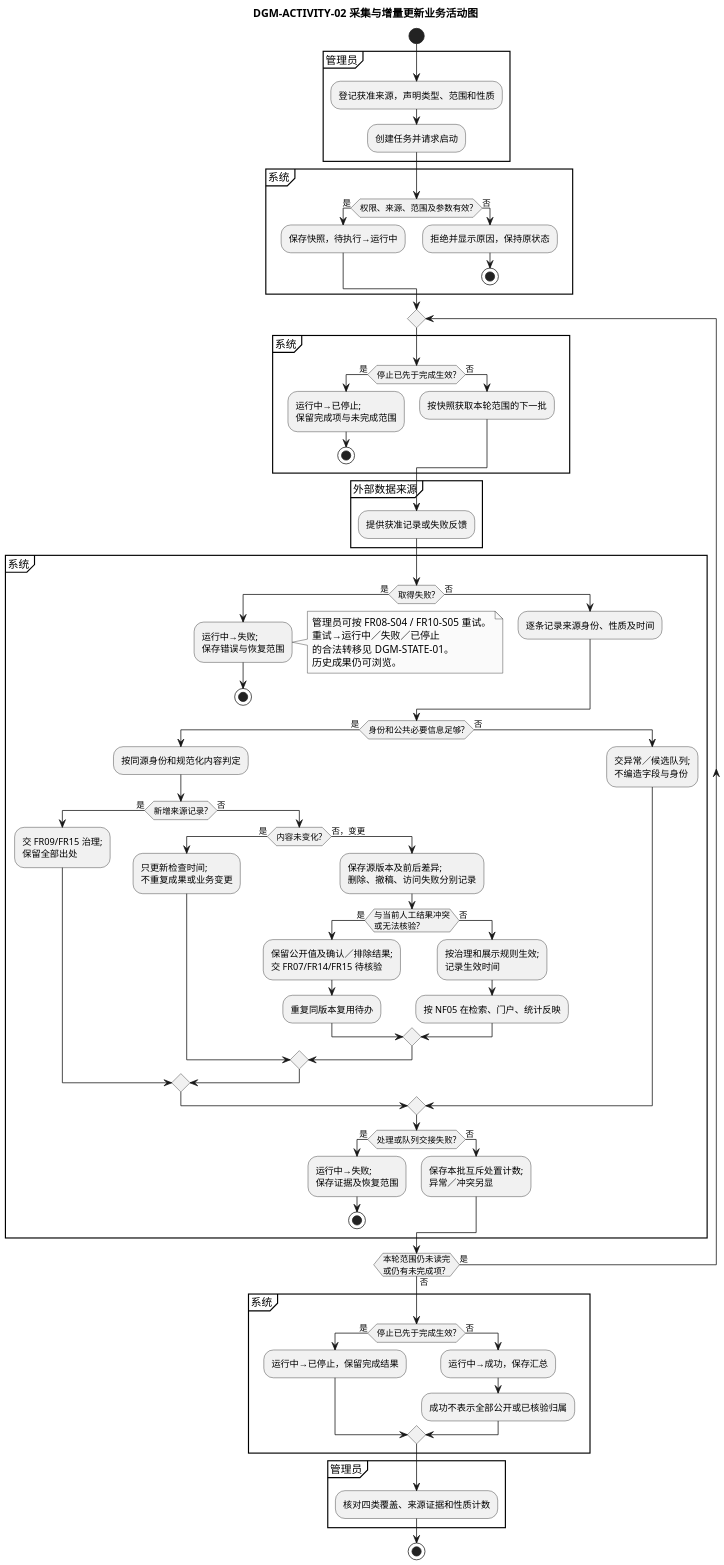
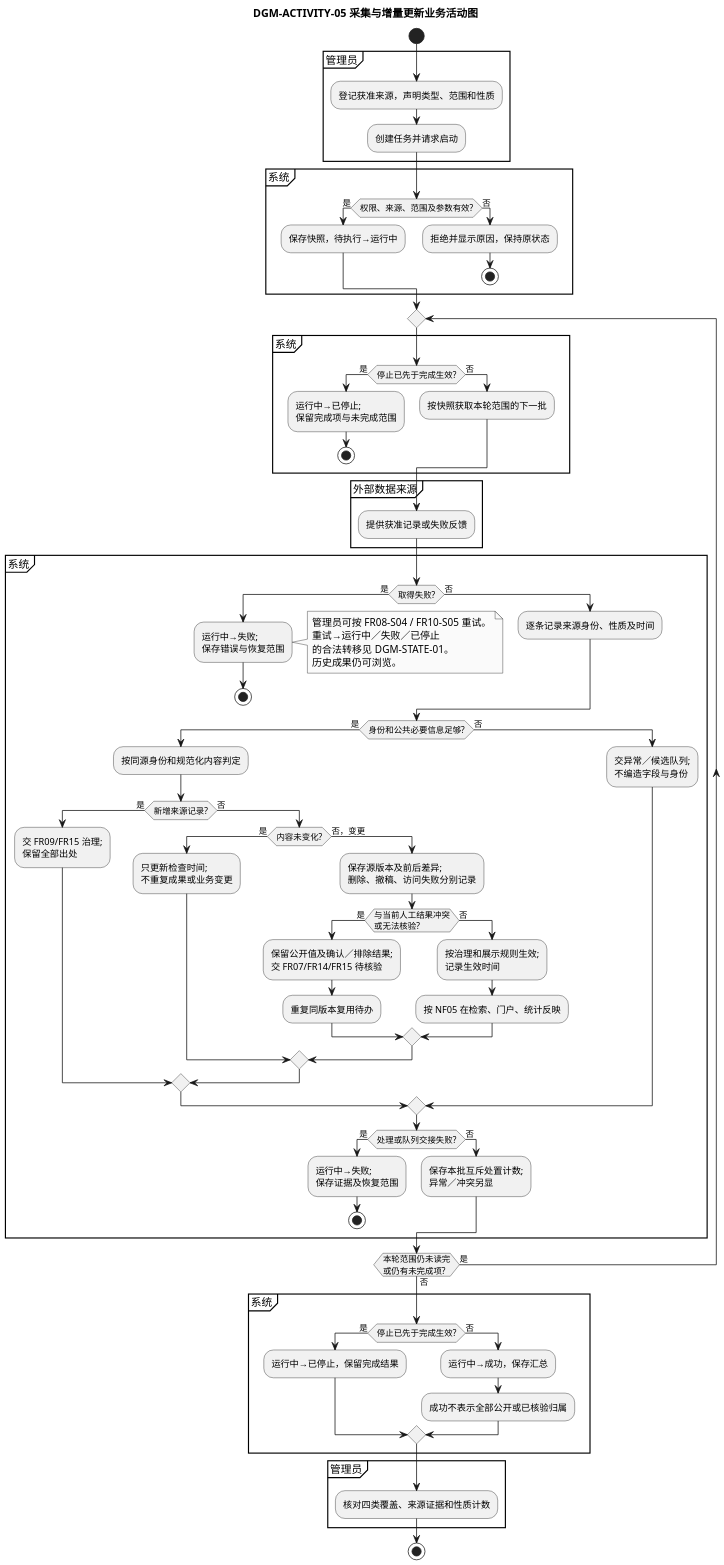
Before and after one commit to CognitaNexus/CognitaNexus: the diagram in docs/uml/collection/collection-update-activity.puml, drawn with PlantUML. The commit also changed 63 other files, not shown here.

Commit message:
docs(srs): save integrated SRS SPEC and UML artifacts

```diff
--- a/docs/uml/collection/collection-update-activity.puml
+++ b/docs/uml/collection/collection-update-activity.puml
@@ -1,89 +1,89 @@
 @startuml
 skinparam monochrome true
 skinparam shadowing false
 skinparam dpi 150
 ' Noto Sans CJK SC unavailable locally; use installed system default font.
-title DGM-ACTIVITY-02 采集与增量更新业务活动图
+title DGM-ACTIVITY-05 采集与增量更新业务活动图
 
 start
 partition "管理员" {
   :登记获准来源，声明类型、范围和性质;
   :创建任务并请求启动;
 }
 partition "系统" {
   if (权限、来源、范围及参数有效?) then (是)
     :保存快照，待执行→运行中;
   else (否)
     :拒绝并显示原因，保持原状态;
     stop
   endif
 }
 
 repeat
   partition "系统" {
     if (停止已先于完成生效?) then (是)
       :运行中→已停止;\n保留完成项与未完成范围;
       stop
     else (否)
       :按快照获取本轮范围的下一批;
     endif
   }
   partition "外部数据来源" {
     :提供获准记录或失败反馈;
   }
   partition "系统" {
     if (取得失败?) then (是)
       :运行中→失败;\n保存错误与恢复范围;
       note right
       管理员可按 FR08-S04 / FR10-S05 重试。
       重试→运行中／失败／已停止
       的合法转移见 DGM-STATE-01。
       历史成果仍可浏览。
       end note
       stop
     else (否)
       :逐条记录来源身份、性质及时间;
     endif
     if (身份和公共必要信息足够?) then (是)
       :按同源身份和规范化内容判定;
       if (新增来源记录?) then (是)
         :交 FR09/FR15 治理;\n保留全部出处;
       else (否)
         if (内容未变化?) then (是)
           :只更新检查时间;\n不重复成果或业务变更;
         else (否，变更)
           :保存源版本及前后差异;\n删除、撤稿、访问失败分别记录;
           if (与当前人工结果冲突\n或无法核验?) then (是)
             :保留公开值及确认／排除结果;\n交 FR07/FR14/FR15 待核验;
             :重复同版本复用待办;
           else (否)
             :按治理和展示规则生效;\n记录生效时间;
             :按 NF05 在检索、门户、统计反映;
           endif
         endif
       endif
     else (否)
       :交异常／候选队列;\n不编造字段与身份;
     endif
     if (处理或队列交接失败?) then (是)
       :运行中→失败;\n保存证据及恢复范围;
       stop
     else (否)
       :保存本批互斥处置计数;\n异常／冲突另显;
     endif
   }
 repeat while (本轮范围仍未读完\n或仍有未完成项?) is (是) not (否)
 
 partition "系统" {
   if (停止已先于完成生效?) then (是)
     :运行中→已停止，保留完成结果;
   else (否)
     :运行中→成功，保存汇总;
     :成功不表示全部公开或已核验归属;
   endif
 }
 partition "管理员" {
   :核对四类覆盖、来源证据和性质计数;
 }
 stop
 @enduml
```
